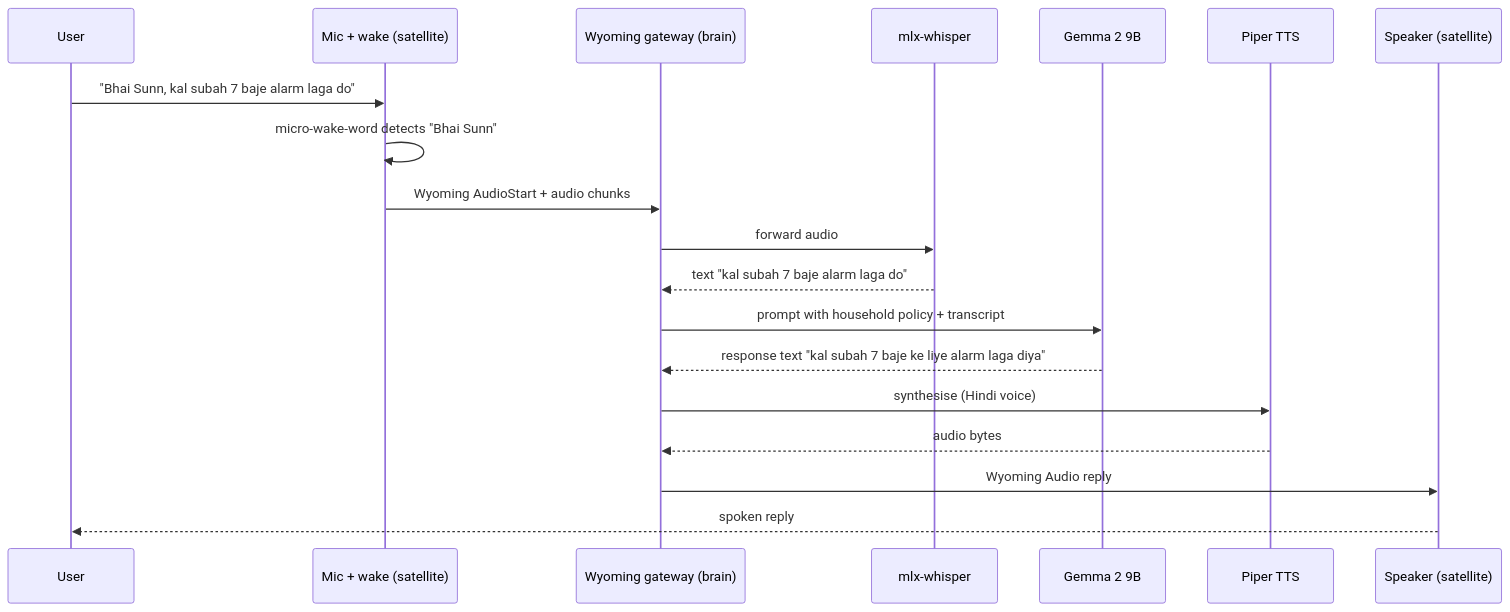
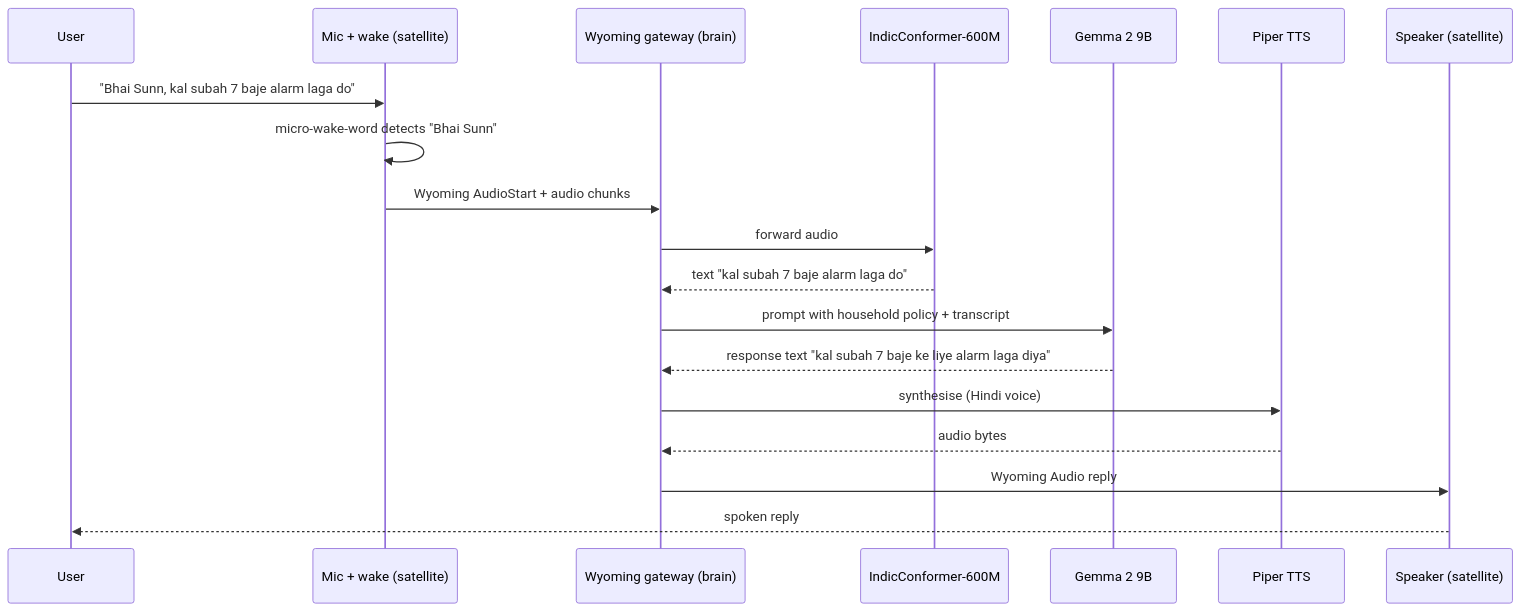
One commit to anchitsom/project-bhai-sunn changed the second of 2 diagrams in architecture.md. Above: the diagram before and after it, drawn with Mermaid. The commit also changed other lines of this file and 10 other files, not shown here.

First line of the commit message:
feat: promote IndicConformer 600M, decommission Whisper, run as launchd

````diff
--- a/architecture.md
+++ b/architecture.md
@@ -81,22 +81,22 @@
 ```mermaid
 sequenceDiagram
     participant U as User
     participant M as Mic + wake (satellite)
     participant W as Wyoming gateway (brain)
-    participant S as mlx-whisper
+    participant S as IndicConformer-600M
     participant L as Gemma 2 9B
     participant T as Piper TTS
     participant Sp as Speaker (satellite)
 
     U->>M: "Bhai Sunn, kal subah 7 baje alarm laga do"
     M->>M: micro-wake-word detects "Bhai Sunn"
     M->>W: Wyoming AudioStart + audio chunks
     W->>S: forward audio
     S-->>W: text "kal subah 7 baje alarm laga do"
     W->>L: prompt with household policy + transcript
     L-->>W: response text "kal subah 7 baje ke liye alarm laga diya"
     W->>T: synthesise (Hindi voice)
     T-->>W: audio bytes
     W->>Sp: Wyoming Audio reply
     Sp-->>U: spoken reply
 ```
````
